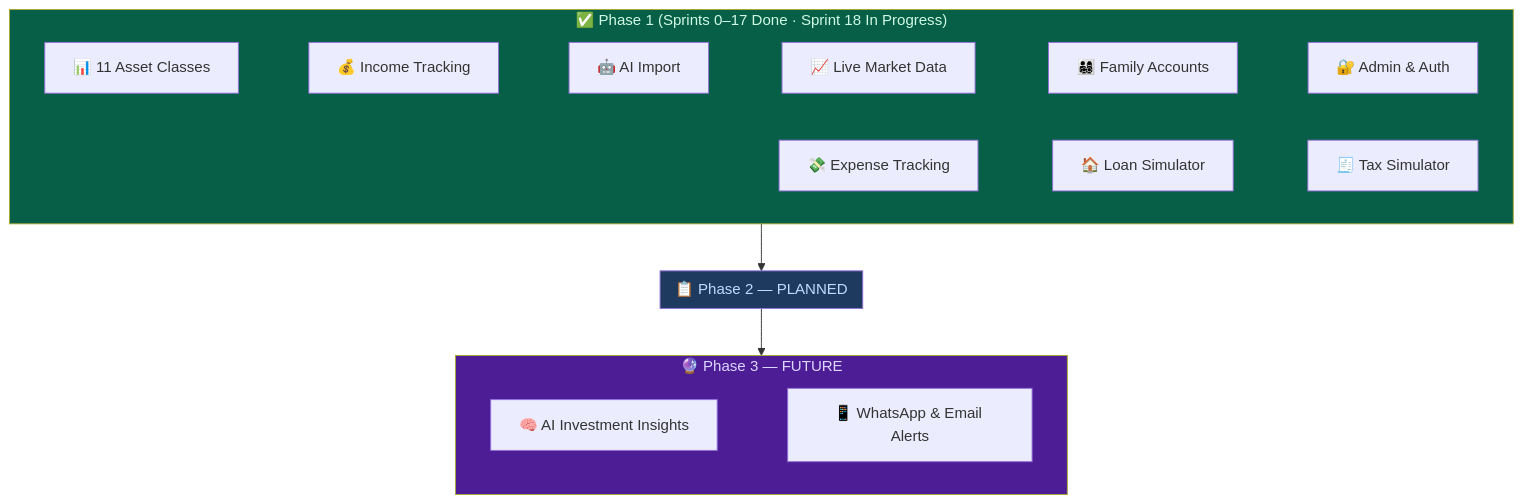
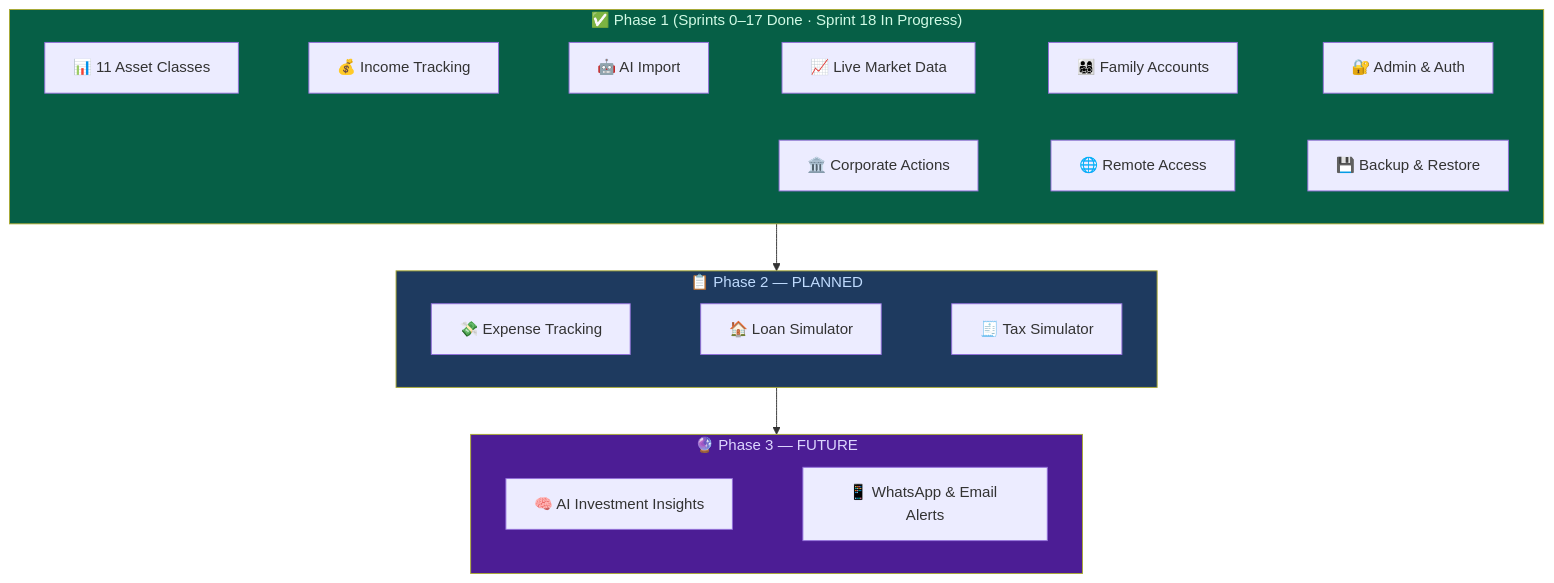
One commit to CocoCommits/ProductVision changed the first of 20 diagrams in NEESH/NEESH.md. Above: the diagram before and after it, drawn with Mermaid.

Commit message:
Minor updates

````diff
--- a/NEESH/NEESH.md
+++ b/NEESH/NEESH.md
@@ -58,24 +58,24 @@
 ```mermaid
 flowchart TB
     subgraph phase1["✅ Phase 1 (Sprints 0–17 Done · Sprint 18 In Progress)"]
         direction LR
         A["📊 11 Asset Classes"] ~~~ B["💰 Income Tracking"] ~~~ C["🤖 AI Import"] ~~~ D["📈 Live Market Data"] ~~~ E["👨‍👩‍👧‍👦 Family Accounts"] ~~~ F["🔐 Admin & Auth"]
         G["🏛️ Corporate Actions"] ~~~ H["🌐 Remote Access"] ~~~ I["💾 Backup & Restore"]
     end
 
     subgraph phase2["📋 Phase 2 — PLANNED"]
         direction LR
-        G["💸 Expense Tracking"] ~~~ H["🏠 Loan Simulator"] ~~~ I["🧾 Tax Simulator"]
+        L["💸 Expense Tracking"] ~~~ M["🏠 Loan Simulator"] ~~~ N["🧾 Tax Simulator"]
     end
 
     subgraph phase3["🔮 Phase 3 — FUTURE"]
         direction LR
         J["🧠 AI Investment Insights"] ~~~ K["📱 WhatsApp & Email Alerts"]
     end
 
     phase1 --> phase2 --> phase3
 
     style phase1 fill:#065f46,color:#d1fae5
     style phase2 fill:#1e3a5f,color:#bfdbfe
     style phase3 fill:#4c1d95,color:#ddd6fe
 ```
````
